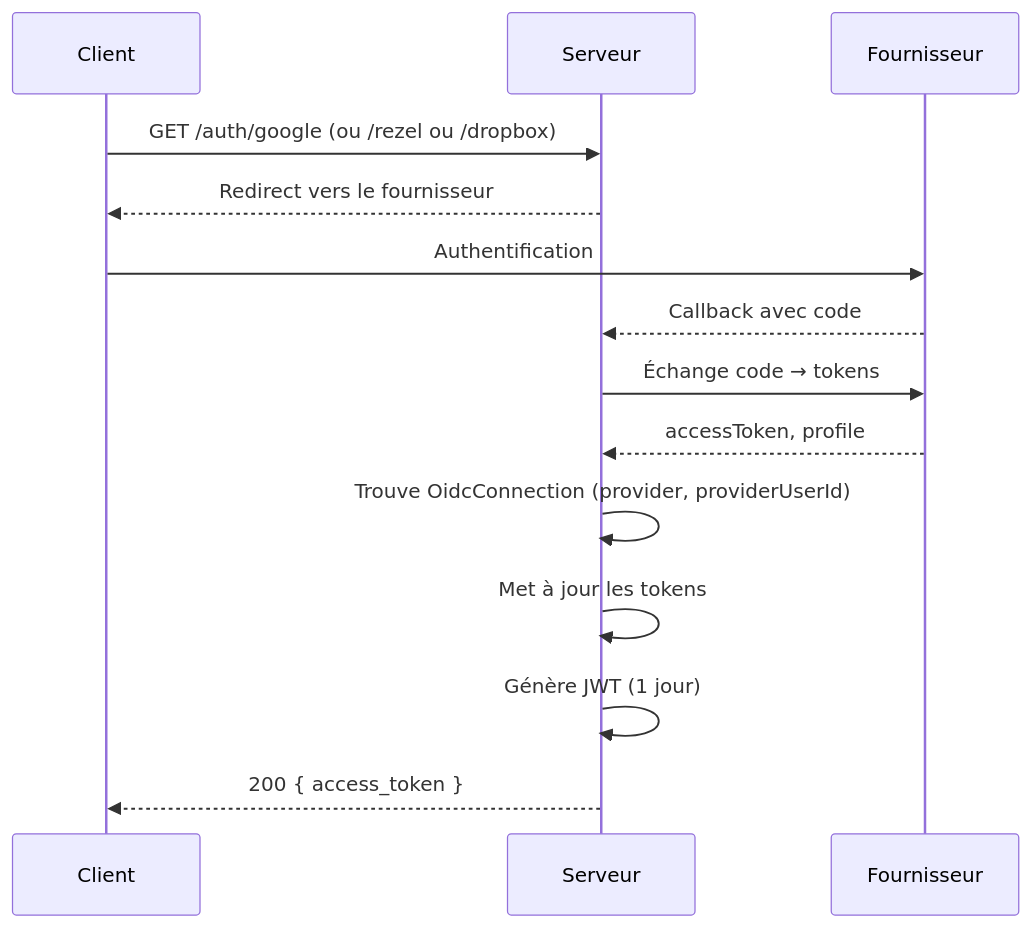
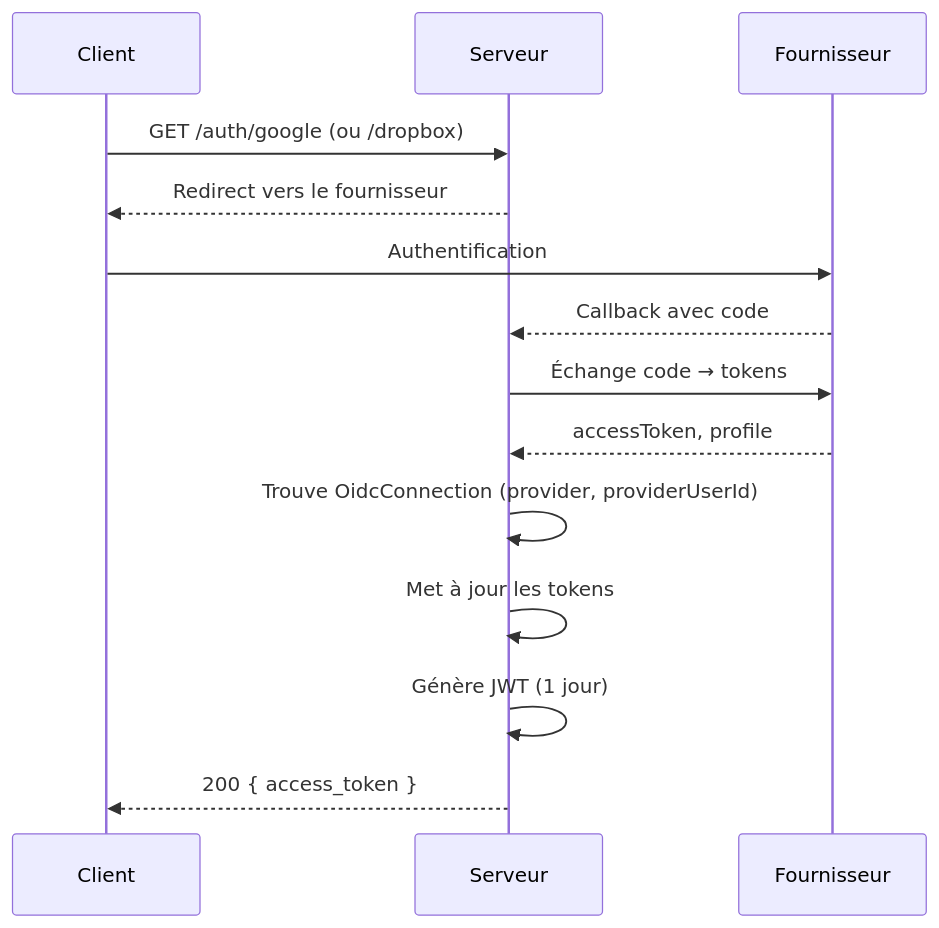
One commit to blind-storage/back-end changed the third of 6 diagrams in doc/auth.md. Above: the diagram before and after it, drawn with Mermaid. The commit also changed other lines of this file and 3 other files, not shown here.

Commit message:
fix(auth): remove Rezel OIDC flow and update documentation; adjust PKI certificate handling

````diff
--- a/doc/auth.md
+++ b/doc/auth.md
@@ -121,17 +120,17 @@
 ```mermaid
 sequenceDiagram
     participant C as Client
     participant S as Serveur
     participant F as Fournisseur
 
-    C->>S: GET /auth/google (ou /rezel ou /dropbox)
+    C->>S: GET /auth/google (ou /dropbox)
     S-->>C: Redirect vers le fournisseur
     C->>F: Authentification
     F-->>S: Callback avec code
     S->>F: Échange code → tokens
     F-->>S: accessToken, profile
     S->>S: Trouve OidcConnection (provider, providerUserId)
     S->>S: Met à jour les tokens
     S->>S: Génère JWT (1 jour)
     S-->>C: 200 { access_token }
 ```
````
